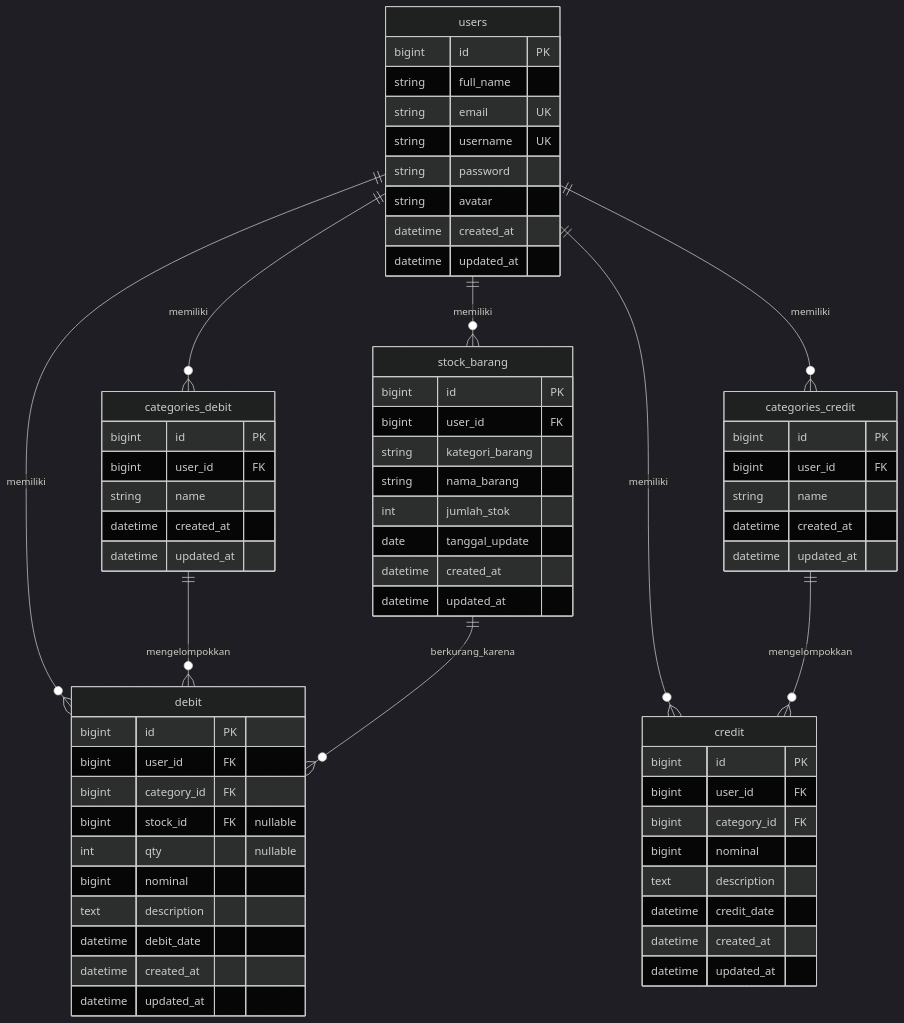
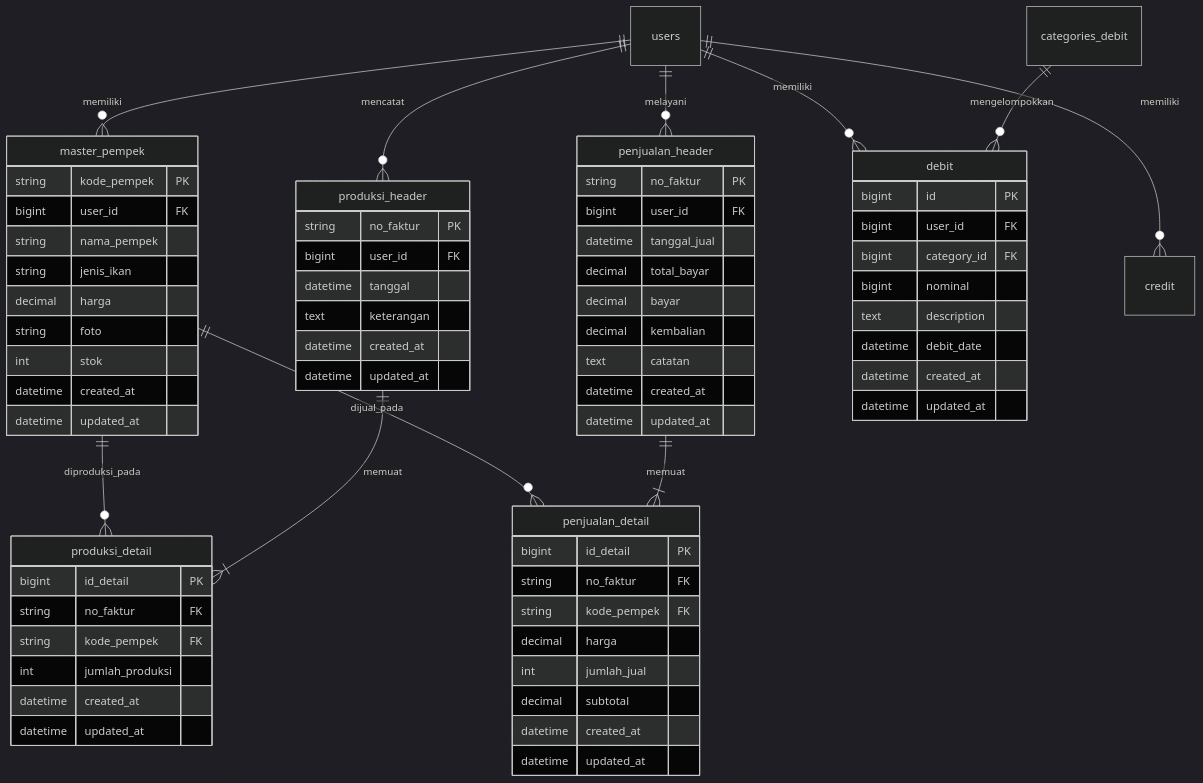
The third of 6 diagrams in docs/UML_DIAGRAM.md (yogamaulana11/manajemen-usaha), drawn with Mermaid (dark theme) before and after one commit. The commit also changed other lines of this file, not shown here.

Commit message:
docs: perbarui dokumentasi diagram UML dengan modul inventaris dan kasir pempek

````diff
--- a/docs/UML_DIAGRAM.md
+++ b/docs/UML_DIAGRAM.md
@@ -219,74 +213,80 @@
 ```mermaid
 erDiagram
-    users ||--o{ categories_debit : "memiliki"
-    users ||--o{ categories_credit : "memiliki"
-    users ||--o{ stock_barang : "memiliki"
+    users ||--o{ master_pempek : "memiliki"
+    users ||--o{ produksi_header : "mencatat"
+    users ||--o{ penjualan_header : "melayani"
     users ||--o{ debit : "memiliki"
     users ||--o{ credit : "memiliki"
 
+    master_pempek ||--o{ produksi_detail : "diproduksi_pada"
+    produksi_header ||--|{ produksi_detail : "memuat"
+
+    master_pempek ||--o{ penjualan_detail : "dijual_pada"
+    penjualan_header ||--|{ penjualan_detail : "memuat"
+
     categories_debit ||--o{ debit : "mengelompokkan"
-    stock_barang ||--o{ debit : "berkurang_karena"
-    categories_credit ||--o{ credit : "mengelompokkan"
 
-    users {
-        bigint id PK
-        string full_name
-        string email UK
-        string username UK
-        string password
-        string avatar
+    master_pempek {
+        string kode_pempek PK
+        bigint user_id FK
+        string nama_pempek
+        string jenis_ikan
+        decimal harga
+        string foto
+        int stok
         datetime created_at
         datetime updated_at
     }
 
-    categories_debit {
-        bigint id PK
+    produksi_header {
+        string no_faktur PK
         bigint user_id FK
-        string name
+        datetime tanggal
+        text keterangan
         datetime created_at
         datetime updated_at
     }
 
-    categories_credit {
-        bigint id PK
-        bigint user_id FK
-        string name
+    produksi_detail {
+        bigint id_detail PK
+        string no_faktur FK
+        string kode_pempek FK
+        int jumlah_produksi
         datetime created_at
         datetime updated_at
     }
 
-    stock_barang {
-        bigint id PK
+    penjualan_header {
+        string no_faktur PK
         bigint user_id FK
-        string kategori_barang
-        string nama_barang
-        int jumlah_stok
-        date tanggal_update
+        datetime tanggal_jual
+        decimal total_bayar
+        decimal bayar
+        decimal kembalian
+        text catatan
+        datetime created_at
+        datetime updated_at
+    }
+
+    penjualan_detail {
+        bigint id_detail PK
+        string no_faktur FK
+        string kode_pempek FK
+        decimal harga
+        int jumlah_jual
+        decimal subtotal
         datetime created_at
         datetime updated_at
     }
 
     debit {
         bigint id PK
         bigint user_id FK
         bigint category_id FK
-        bigint stock_id FK "nullable"
-        int qty "nullable"
         bigint nominal
         text description
         datetime debit_date
         datetime created_at
         datetime updated_at
     }
-
-    credit {
-        bigint id PK
-        bigint user_id FK
-        bigint category_id FK
-        bigint nominal
-        text description
-        datetime credit_date
-        datetime created_at
-        datetime updated_at
-    }
 ```
````
